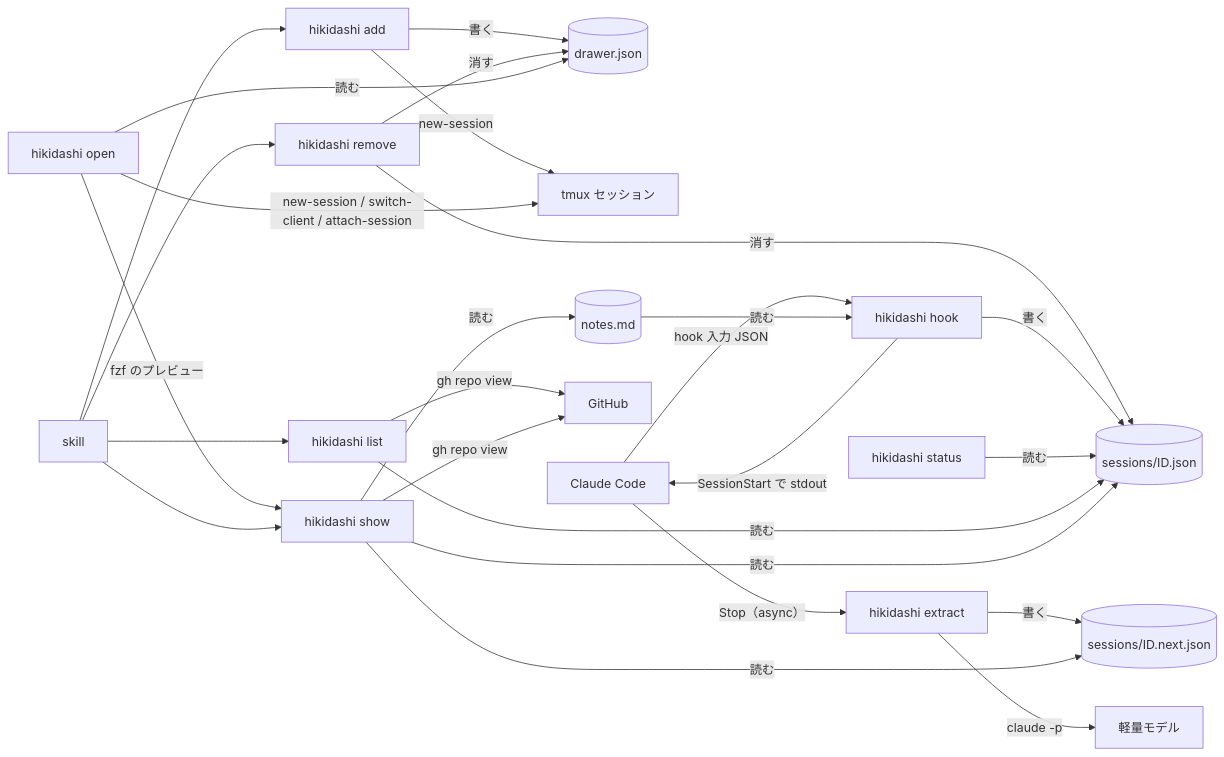
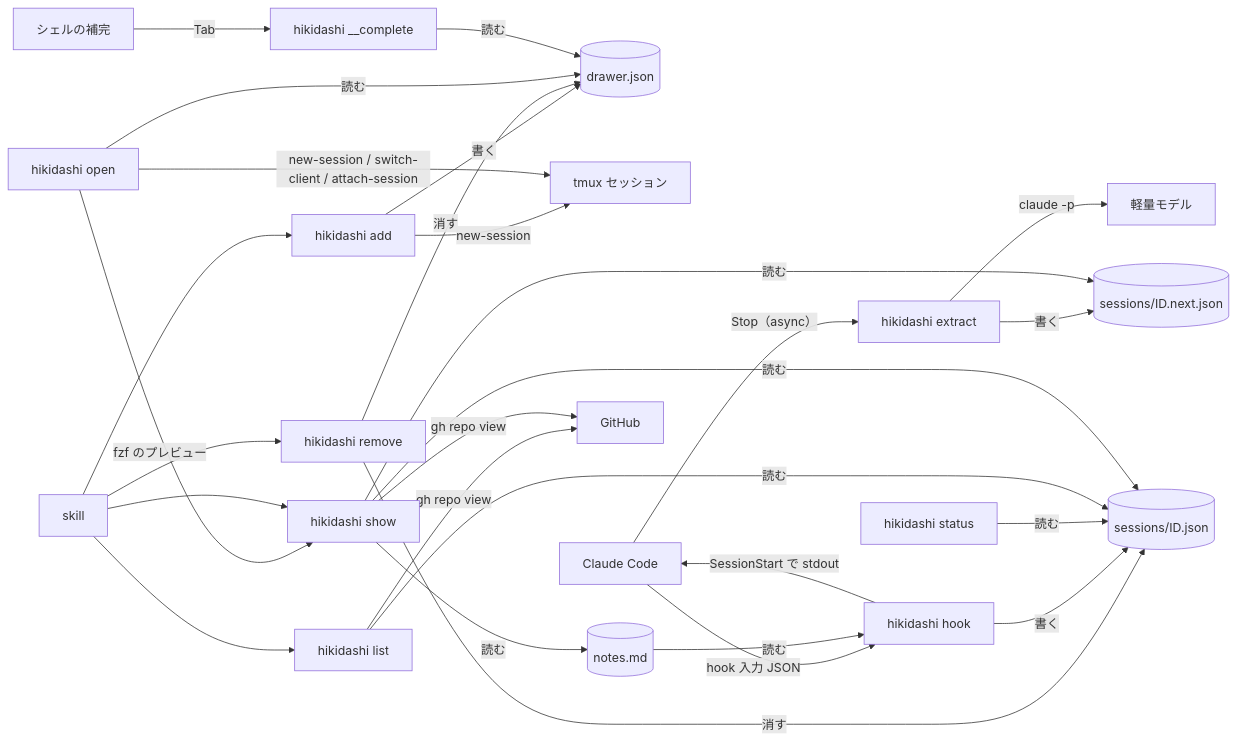
Before and after one commit to douhashi/hikidashi: the first of 2 diagrams in docs/development/architecture.md, drawn with Mermaid. The commit also changed other lines of this file and 8 other files, not shown here.

````diff
--- a/docs/development/architecture.md
+++ b/docs/development/architecture.md
@@ -39,28 +39,30 @@
 ```mermaid
 flowchart LR
   AD[hikidashi add] -- 書く --> D[(drawer.json)]
   AD -- new-session --> TS[tmux セッション]
   RM[hikidashi remove] -- 消す --> D
   RM -- 消す --> S
   CC[Claude Code] -- hook 入力 JSON --> H[hikidashi hook]
   CC -- Stop（async） --> X[hikidashi extract]
   H -- 書く --> S[(sessions/ID.json)]
   H -- SessionStart で stdout --> CC
   N[(notes.md)] -- 読む --> H
   X -- claude -p --> M[軽量モデル]
   X -- 書く --> A[(sessions/ID.next.json)]
   O[hikidashi open] -- 読む --> D
   O -- new-session / switch-client / attach-session --> TS
   O -- fzf のプレビュー --> SH
   ST[hikidashi status] -- 読む --> S
   LS[hikidashi list] -- 読む --> S
   LS -- gh repo view --> GH
   SH[hikidashi show] -- 読む --> S
   SH -- 読む --> A
   SH -- 読む --> N
   SH -- gh repo view --> GH[GitHub]
   SK[skill] --> AD
   SK --> LS
   SK --> SH
   SK --> RM
+  CP[シェルの補完] -- Tab --> CO[hikidashi __complete]
+  CO -- 読む --> D
 ```
````
